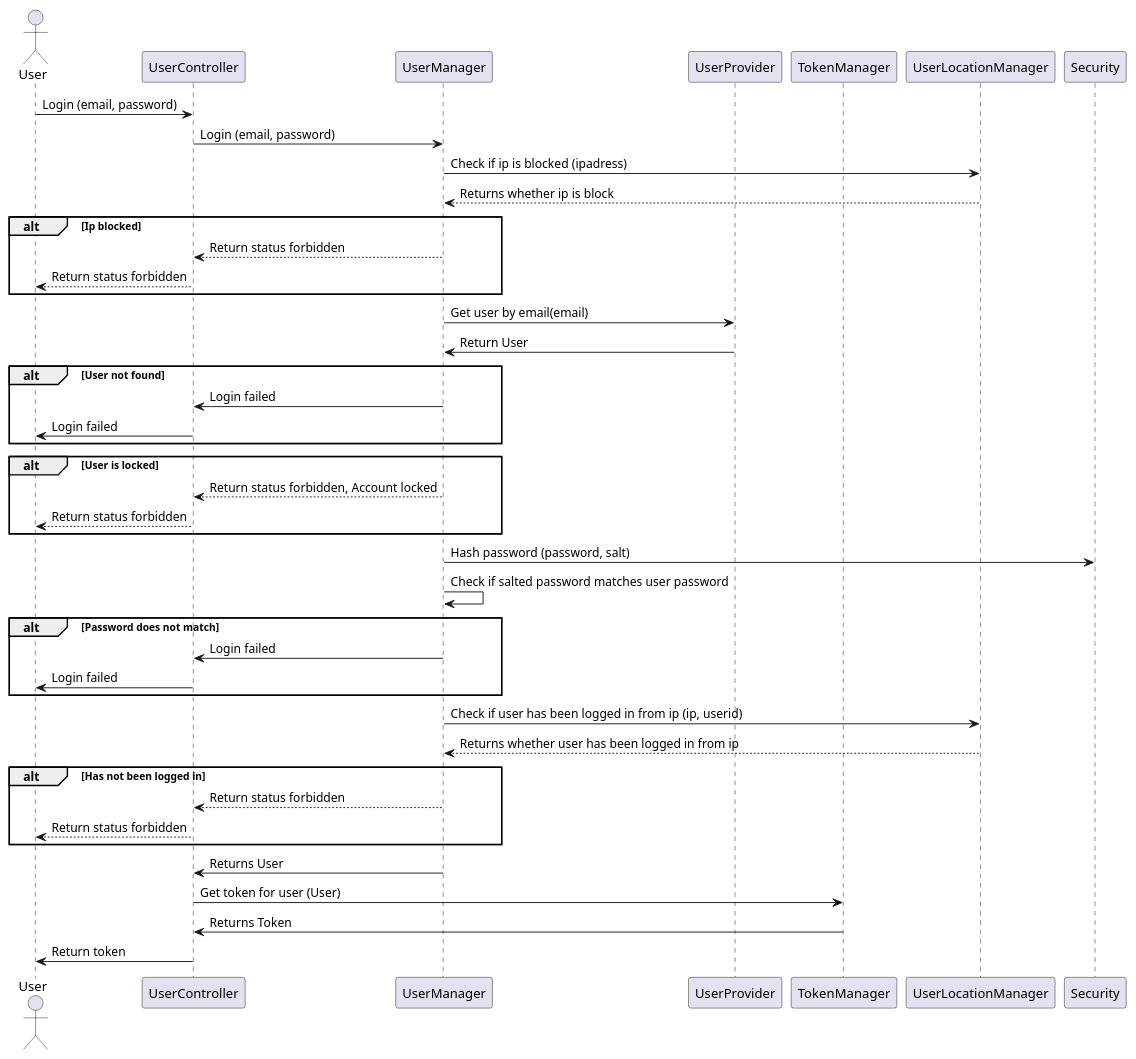
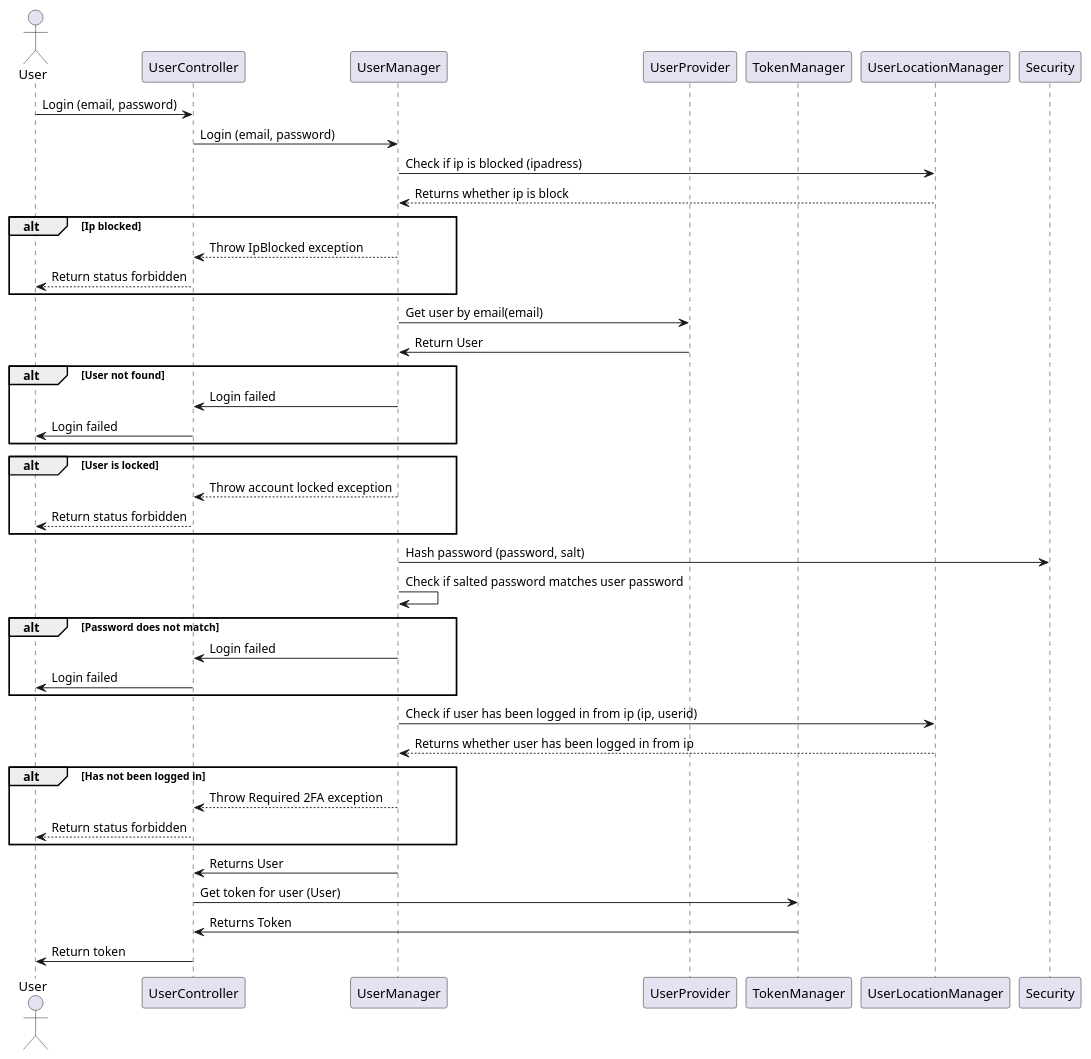
Before and after one commit to blackout1471/trust-us-school: the diagram in Docs/SDDiagrams/LoginSD.plantuml, drawn with PlantUML. The commit also changed 8 other files, not shown here.

```diff
--- a/Docs/SDDiagrams/LoginSD.plantuml
+++ b/Docs/SDDiagrams/LoginSD.plantuml
@@ -1,66 +1,66 @@
 @startuml Login SD
 
 actor User
 participant UserController
 participant UserManager
 participant UserProvider
 participant TokenManager
 participant UserLocationManager
 participant Security
 
 User->UserController: Login (email, password)
 UserController->UserManager: Login (email, password)
 UserManager->UserLocationManager: Check if ip is blocked (ipadress)
 UserLocationManager-->UserManager: Returns whether ip is block
 
 alt Ip blocked
-UserManager-->UserController: Return status forbidden
+UserManager-->UserController: Throw IpBlocked exception
 UserController-->User: Return status forbidden
 end
 
 UserManager->UserProvider: Get user by email(email)
 UserProvider->UserManager: Return User
 
 
 alt User not found
 
 UserManager->UserController: Login failed
 UserController->User: Login failed
 
 end
 
 alt User is locked
 
-UserManager-->UserController: Return status forbidden, Account locked
+UserManager-->UserController: Throw account locked exception
 UserController-->User: Return status forbidden
 
 end
 
 UserManager->Security: Hash password (password, salt)
 UserManager->UserManager: Check if salted password matches user password
 
 alt Password does not match
 
 UserManager->UserController: Login failed
 UserController->User: Login failed
 
 end
 
 
 UserManager->UserLocationManager: Check if user has been logged in from ip (ip, userid)
 UserLocationManager-->UserManager: Returns whether user has been logged in from ip
 
 alt Has not been logged in
 
-UserManager-->UserController: Return status forbidden
+UserManager-->UserController: Throw Required 2FA exception
 UserController-->User: Return status forbidden
 
 end
 
 UserManager->UserController: Returns User
 UserController->TokenManager: Get token for user (User)
 TokenManager->UserController: Returns Token
 
 UserController->User: Return token
 
 @enduml
```
